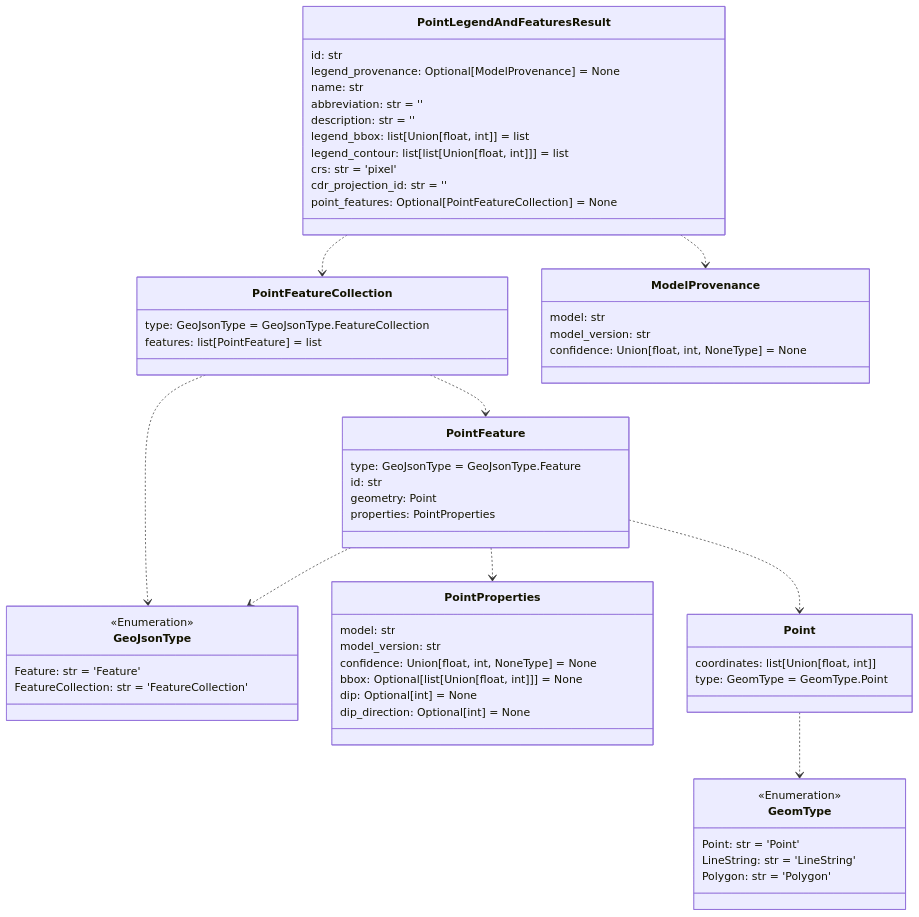
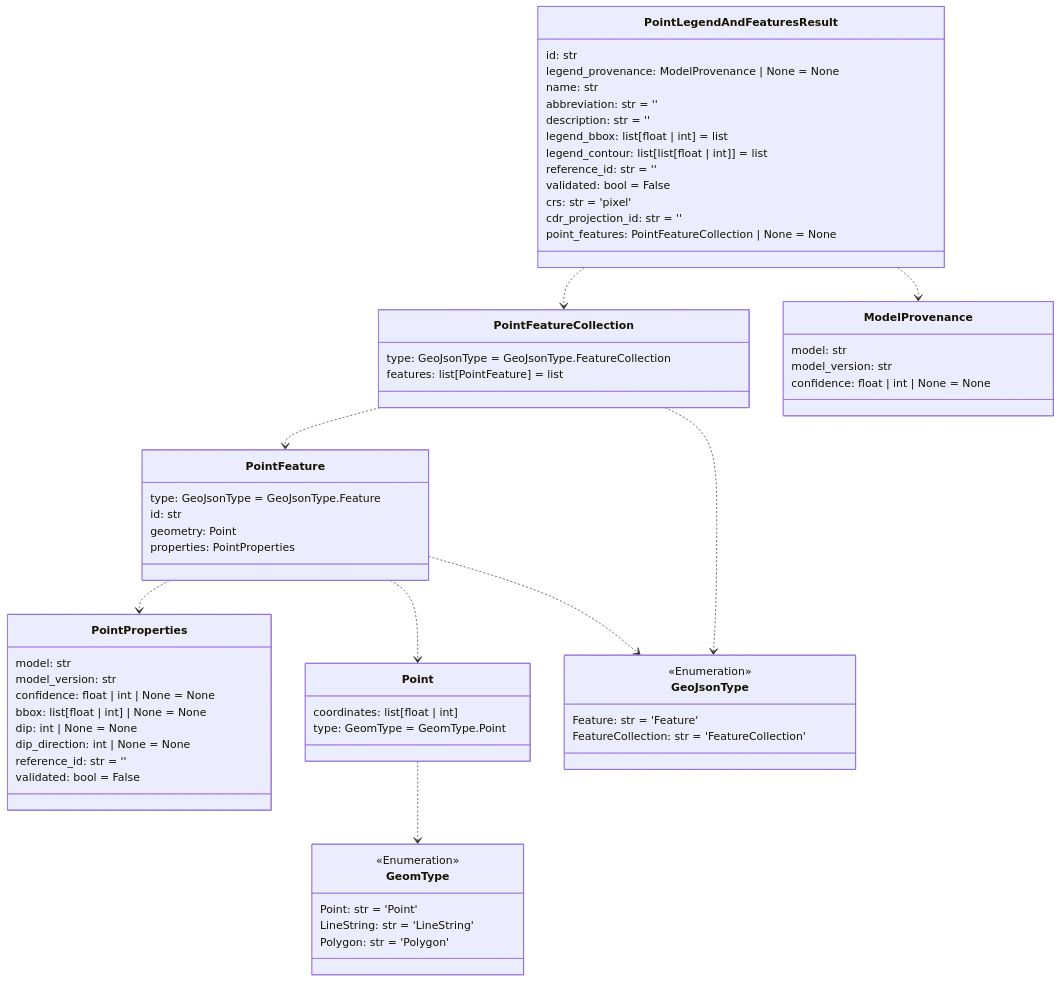
One commit to DARPA-CRITICALMAAS/cdr_schemas changed the fifth of 14 diagrams in README.md. Above: the diagram before and after it, drawn with Mermaid. The commit also changed other lines of this file and 3 other files, not shown here.

First line of the commit message:
TA3 Schema Integration and Metadata Parsing (#36)

````diff
--- a/README.md
+++ b/README.md
@@ -353,72 +368,76 @@
 ```mermaid
 classDiagram
 
     class PointProperties {
         model: str
         model_version: str
-        confidence: Union[float, int, NoneType] = None
-        bbox: Optional[list[Union[float, int]]] = None
-        dip: Optional[int] = None
-        dip_direction: Optional[int] = None
+        confidence: float | int | None = None
+        bbox: list[float | int] | None = None
+        dip: int | None = None
+        dip_direction: int | None = None
+        reference_id: str = ''
+        validated: bool = False
     }
 
     class PointFeatureCollection {
         type: GeoJsonType = GeoJsonType.FeatureCollection
         features: list[PointFeature] = list
-    }
-
-    class GeoJsonType {
-        <<Enumeration>>
-        Feature: str = 'Feature'
-        FeatureCollection: str = 'FeatureCollection'
     }
 
     class PointFeature {
         type: GeoJsonType = GeoJsonType.Feature
         id: str
         geometry: Point
         properties: PointProperties
     }
 
     class GeomType {
         <<Enumeration>>
         Point: str = 'Point'
         LineString: str = 'LineString'
         Polygon: str = 'Polygon'
     }
 
+    class Point {
+        coordinates: list[float | int]
+        type: GeomType = GeomType.Point
+    }
+
+    class GeoJsonType {
+        <<Enumeration>>
+        Feature: str = 'Feature'
+        FeatureCollection: str = 'FeatureCollection'
+    }
+
     class ModelProvenance {
         model: str
         model_version: str
-        confidence: Union[float, int, NoneType] = None
-    }
-
-    class Point {
-        coordinates: list[Union[float, int]]
-        type: GeomType = GeomType.Point
+        confidence: float | int | None = None
     }
 
     class PointLegendAndFeaturesResult {
         id: str
-        legend_provenance: Optional[ModelProvenance] = None
+        legend_provenance: ModelProvenance | None = None
         name: str
         abbreviation: str = ''
         description: str = ''
-        legend_bbox: list[Union[float, int]] = list
-        legend_contour: list[list[Union[float, int]]] = list
+        legend_bbox: list[float | int] = list
+        legend_contour: list[list[float | int]] = list
+        reference_id: str = ''
+        validated: bool = False
         crs: str = 'pixel'
         cdr_projection_id: str = ''
-        point_features: Optional[PointFeatureCollection] = None
+        point_features: PointFeatureCollection | None = None
     }
 
     Point ..> GeomType
-    PointFeature ..> GeoJsonType
     PointFeature ..> PointProperties
     PointFeature ..> Point
+    PointFeature ..> GeoJsonType
+    PointFeatureCollection ..> PointFeature
     PointFeatureCollection ..> GeoJsonType
-    PointFeatureCollection ..> PointFeature
     PointLegendAndFeaturesResult ..> PointFeatureCollection
     PointLegendAndFeaturesResult ..> ModelProvenance
 
 
 ```
````
